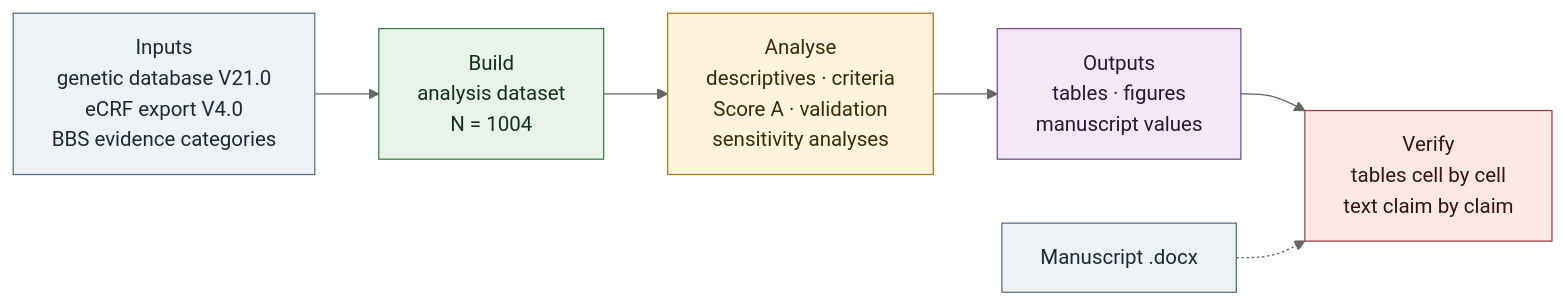
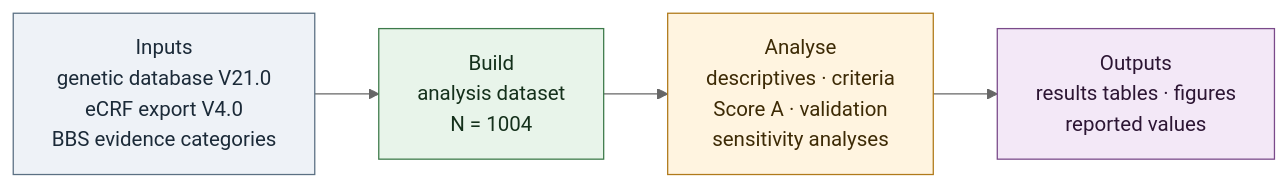
Before and after one commit to tanyatoluay/BBS_prediction_algorithm-: the first of 3 diagrams in README.md, drawn with Mermaid (neutral theme). The commit also changed other lines of this file and 8 other files, not shown here.

Commit message:
Analysis-only repository: results values and tables scripts; README updated

````diff
--- a/README.md
+++ b/README.md
@@ -44,15 +42,12 @@
 ```mermaid
 flowchart LR
     A["Inputs<br/>genetic database V21.0<br/>eCRF export V4.0<br/>BBS evidence categories"]:::input
     B["Build<br/>analysis dataset<br/>N = 1004"]:::build
     C["Analyse<br/>descriptives · criteria<br/>Score A · validation<br/>sensitivity analyses"]:::analyse
-    D["Outputs<br/>tables · figures<br/>manuscript values"]:::out
-    E["Verify<br/>tables cell by cell<br/>text claim by claim"]:::check
-    A --> B --> C --> D --> E
-    M["Manuscript .docx"]:::input -.-> E
+    D["Outputs<br/>results tables · figures<br/>reported values"]:::out
+    A --> B --> C --> D
     classDef input fill:#eef2f7,stroke:#5b7083,color:#1b2a38
     classDef build fill:#e8f4ea,stroke:#3d7a4a,color:#14301b
     classDef analyse fill:#fff4e0,stroke:#b07a1a,color:#3d2a05
     classDef out fill:#f3e8f7,stroke:#7a4a8a,color:#2c1533
-    classDef check fill:#fde8e8,stroke:#a63d3d,color:#3a1111
 ```
````
